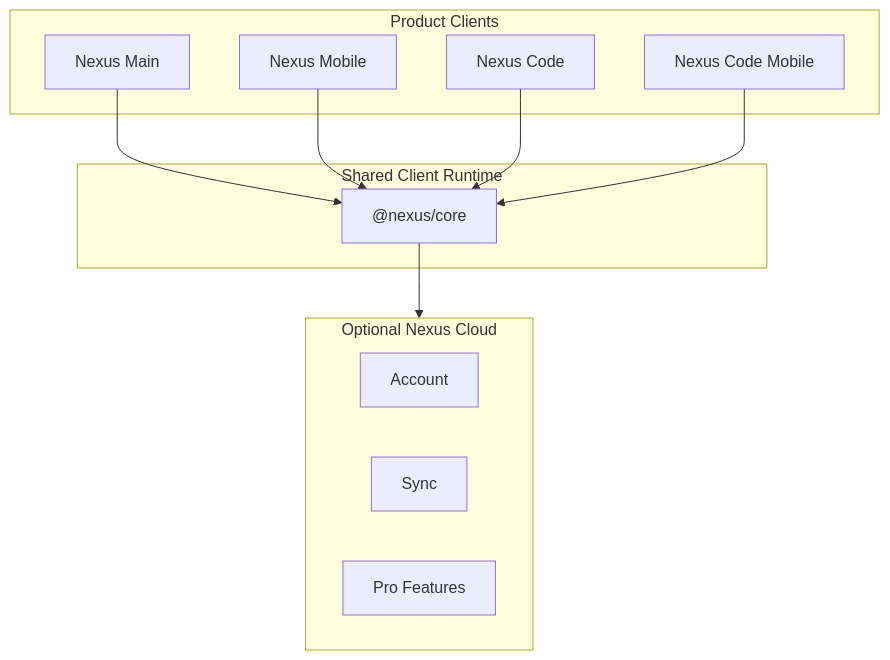
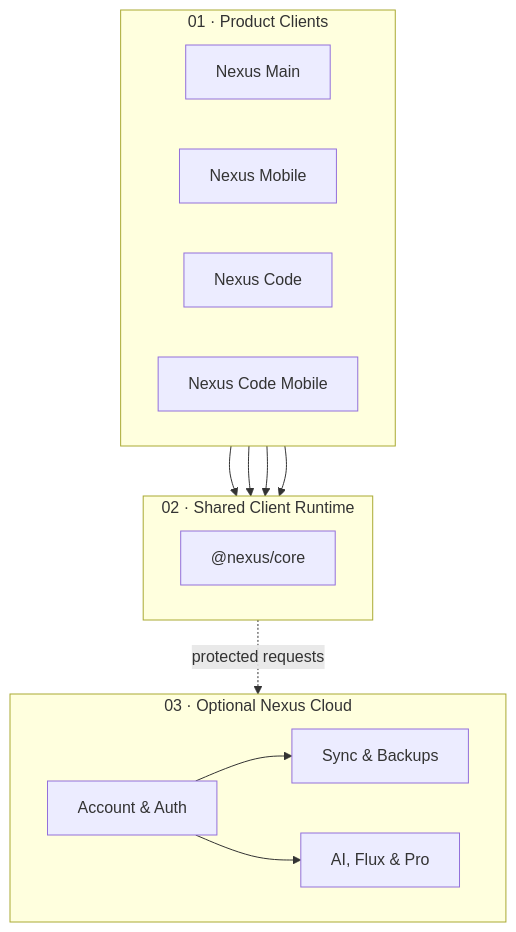
The diagram in README.md (YoungJibbit95/Nexus-Ecosystem), drawn with Mermaid before and after one commit. The commit also changed other lines of this file, not shown here.

````diff
--- a/README.md
+++ b/README.md
@@ -66,25 +309,30 @@
 ```mermaid
 flowchart TB
-  subgraph CLIENTS["Product Clients"]
+  subgraph CLIENTS["01 · Product Clients"]
+    direction LR
     A["Nexus Main"]
     B["Nexus Mobile"]
     C["Nexus Code"]
     D["Nexus Code Mobile"]
   end
 
-  subgraph RUNTIME["Shared Client Runtime"]
+  subgraph RUNTIME["02 · Shared Client Runtime"]
+    direction LR
     E["@nexus/core"]
   end
 
-  subgraph CLOUD["Optional Nexus Cloud"]
-    F["Account"]
-    G["Sync"]
-    H["Pro Features"]
+  subgraph CLOUD["03 · Optional Nexus Cloud"]
+    direction LR
+    F["Account & Auth"]
+    G["Sync & Backups"]
+    H["AI, Flux & Pro"]
   end
 
   A --> E
   B --> E
   C --> E
   D --> E
-  E --> CLOUD
+  E -. protected requests .-> F
+  F --> G
+  F --> H
 ```
````
